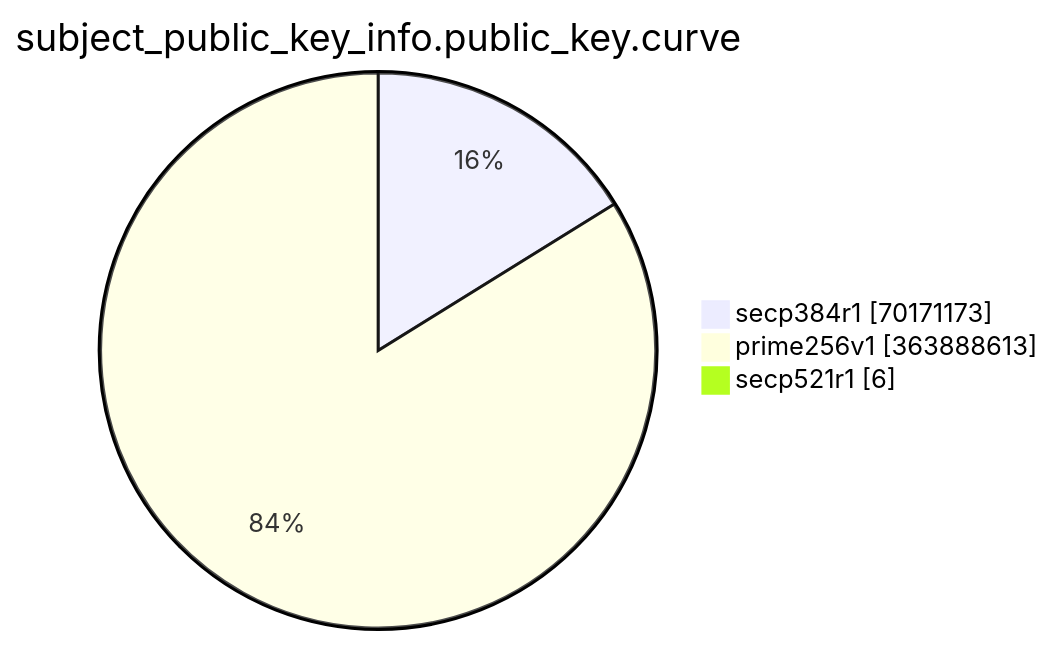
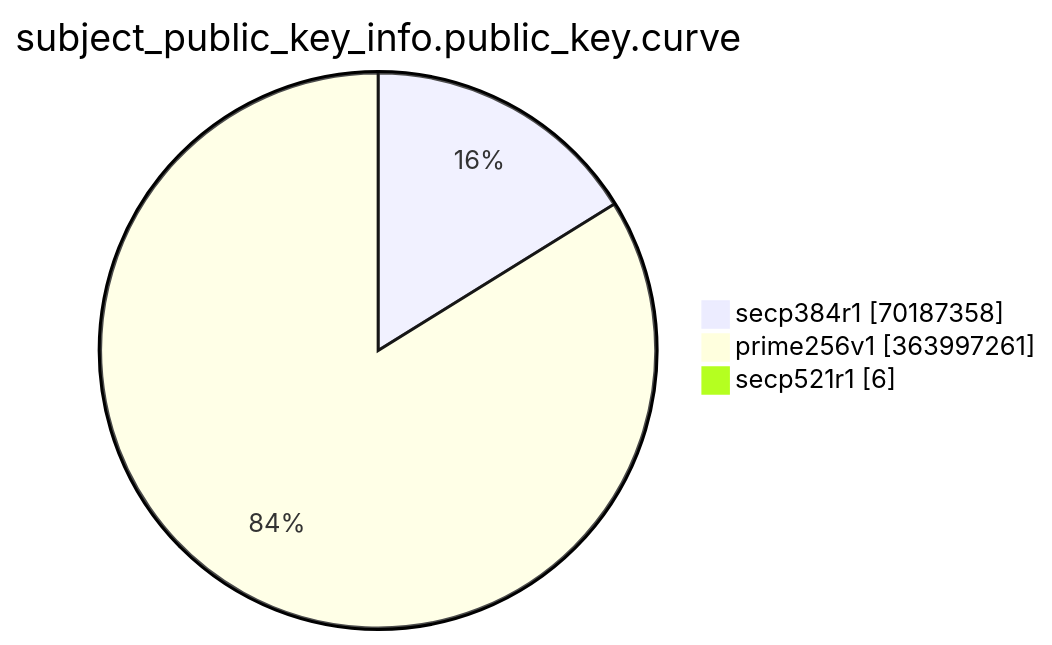
One commit to christiankrug/ctmonitor_visualization changed the eighth of 15 diagrams in TOTAL/README.md. Above: the diagram before and after it, drawn with Mermaid. The commit also changed other lines of this file, not shown here.

````diff
--- a/TOTAL/README.md
+++ b/TOTAL/README.md
@@ -3091,7 +3091,7 @@
 ```mermaid
 pie showData
 title subject_public_key_info.public_key.curve
-"secp384r1" :70171173
-"prime256v1" :363888613
+"secp384r1" :70187358
+"prime256v1" :363997261
 "secp521r1" :6
 ```
````
